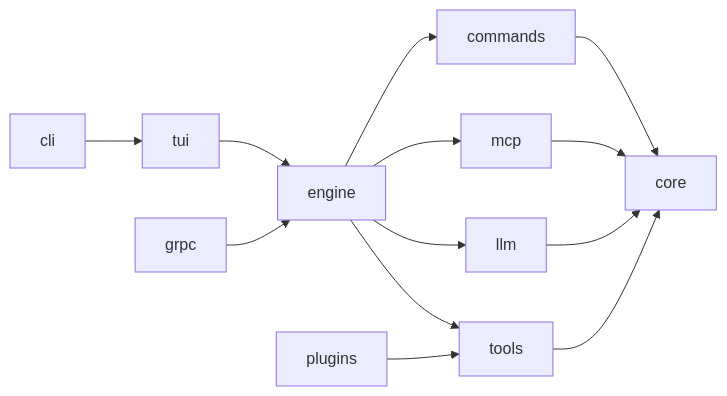
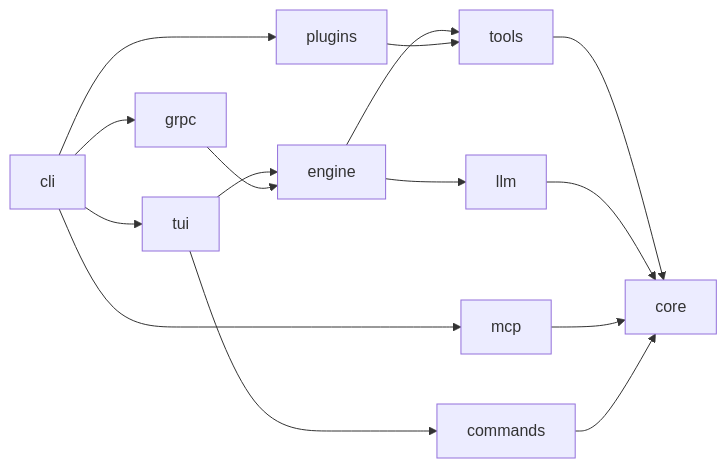
Before and after one commit to ThiagoRech1997/openclaude-java: the first of 2 diagrams in docs/architecture.md, drawn with Mermaid. The commit also changed other lines of this file and 12 other files, not shown here.

````diff
--- a/docs/architecture.md
+++ b/docs/architecture.md
@@ -9,15 +16,17 @@
 ```mermaid
 graph LR
     cli --> tui
+    cli --> mcp
+    cli --> plugins
+    cli --> grpc
     tui --> engine
+    tui --> commands
     engine --> tools
     engine --> llm
-    engine --> mcp
-    engine --> commands
     tools --> core
     llm --> core
     mcp --> core
     commands --> core
     grpc --> engine
     plugins --> tools
 ```
````
